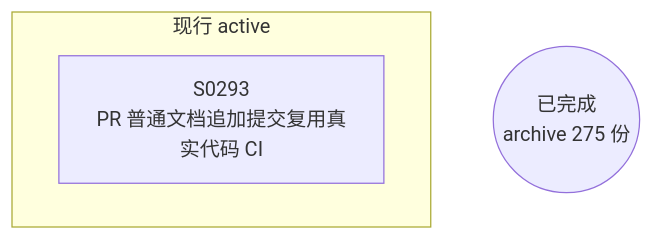
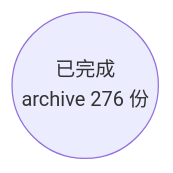
Before and after one commit to Halckon/Koven: the diagram in docs/specs/dependency-graph.md, drawn with Mermaid. The commit also changed other lines of this file and 9 other files, not shown here.

````diff
--- a/docs/specs/dependency-graph.md
+++ b/docs/specs/dependency-graph.md
@@ -9,7 +9,4 @@
 ```mermaid
 flowchart TD
-ARCH(("已完成<br/>archive 275 份"))
-subgraph Gactive["现行 active"]
-  S0293["S0293<br/>PR 普通文档追加提交复用真实代码 CI"]
-end
+ARCH(("已完成<br/>archive 276 份"))
 ```
````
